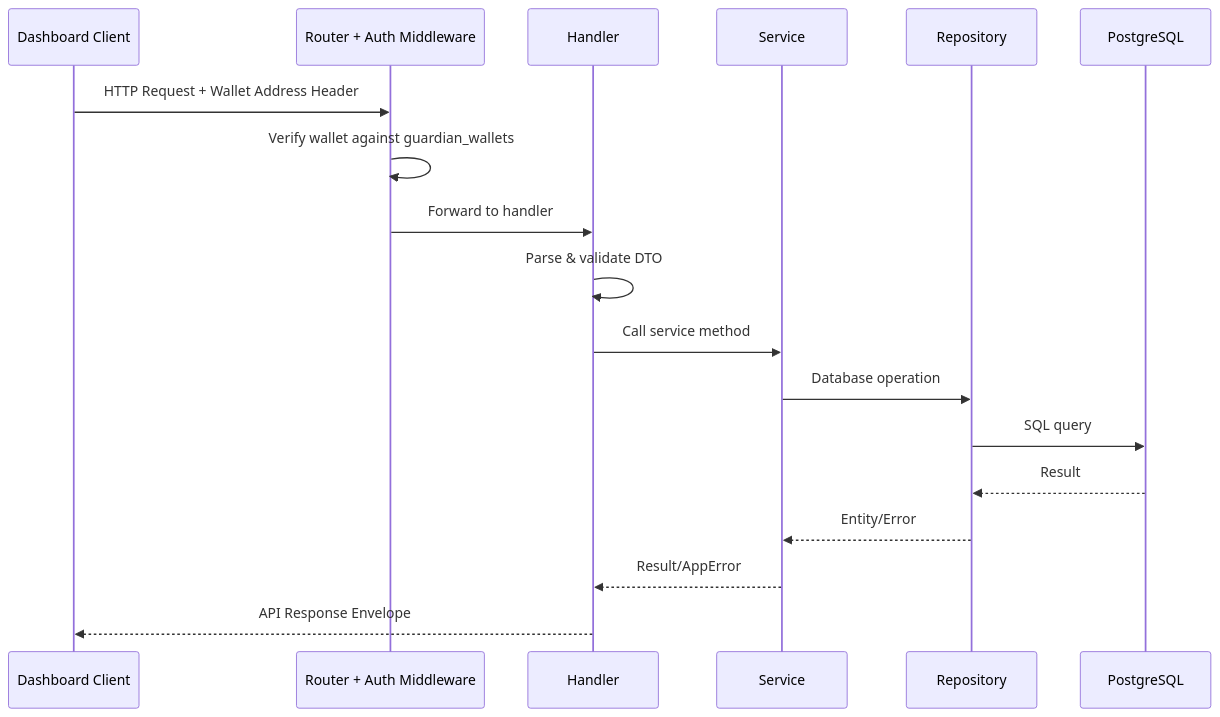
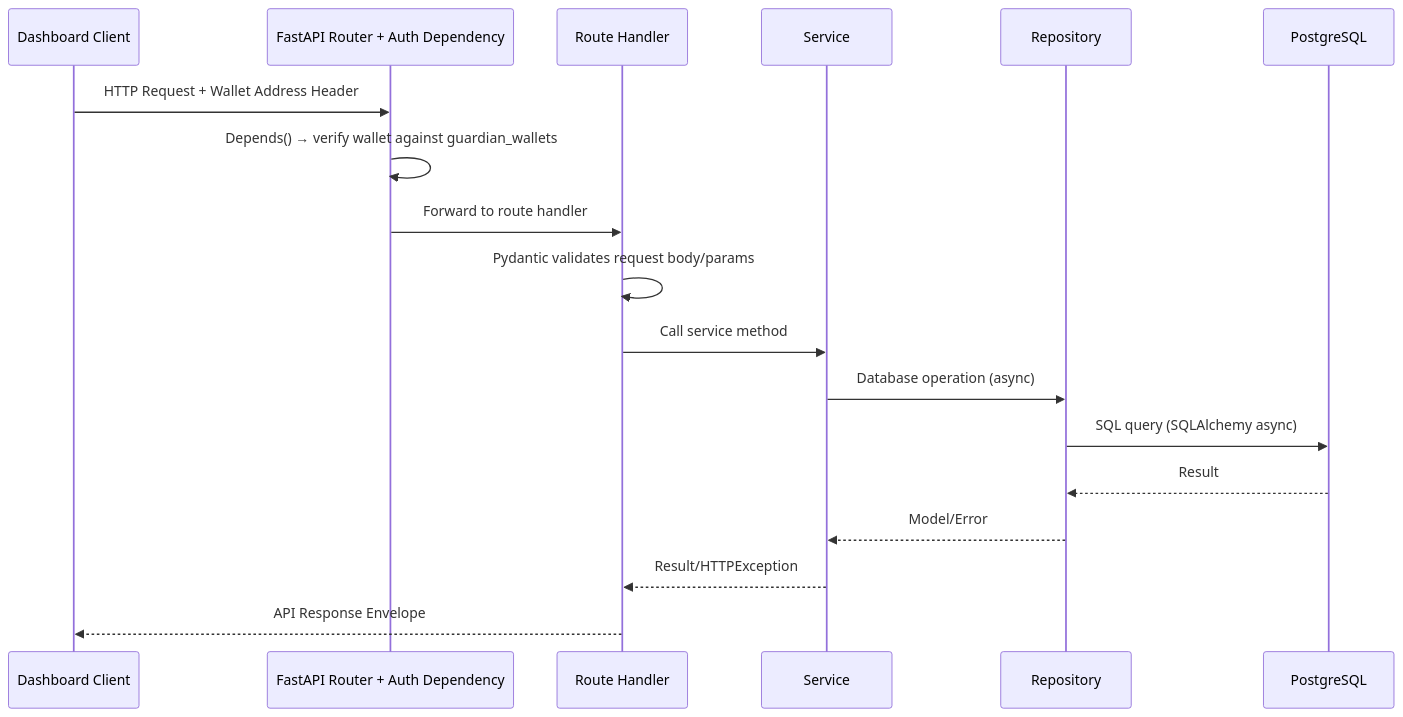
One commit to yebology/killswitch changed the second of 5 diagrams in .kiro/specs/killswitch-backend/design.md. Above: the diagram before and after it, drawn with Mermaid. The commit also changed other lines of this file and 129 other files, not shown here.

````diff
--- a/.kiro/specs/killswitch-backend/design.md
+++ b/.kiro/specs/killswitch-backend/design.md
@@ -114,21 +119,21 @@
 ```mermaid
 sequenceDiagram
     participant C as Dashboard Client
-    participant R as Router + Auth Middleware
-    participant H as Handler
+    participant R as FastAPI Router + Auth Dependency
+    participant Route as Route Handler
     participant S as Service
     participant Repo as Repository
     participant DB as PostgreSQL
 
     C->>R: HTTP Request + Wallet Address Header
-    R->>R: Verify wallet against guardian_wallets
-    R->>H: Forward to handler
-    H->>H: Parse & validate DTO
-    H->>S: Call service method
-    S->>Repo: Database operation
-    Repo->>DB: SQL query
+    R->>R: Depends() → verify wallet against guardian_wallets
+    R->>Route: Forward to route handler
+    Route->>Route: Pydantic validates request body/params
+    Route->>S: Call service method
+    S->>Repo: Database operation (async)
+    Repo->>DB: SQL query (SQLAlchemy async)
     DB-->>Repo: Result
-    Repo-->>S: Entity/Error
-    S-->>H: Result/AppError
-    H-->>C: API Response Envelope
+    Repo-->>S: Model/Error
+    S-->>Route: Result/HTTPException
+    Route-->>C: API Response Envelope
 ```
````
